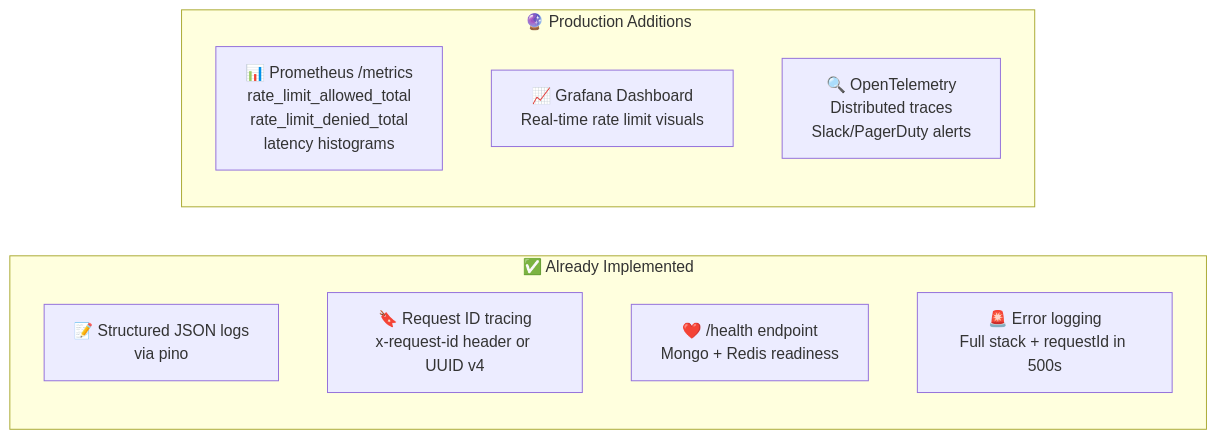
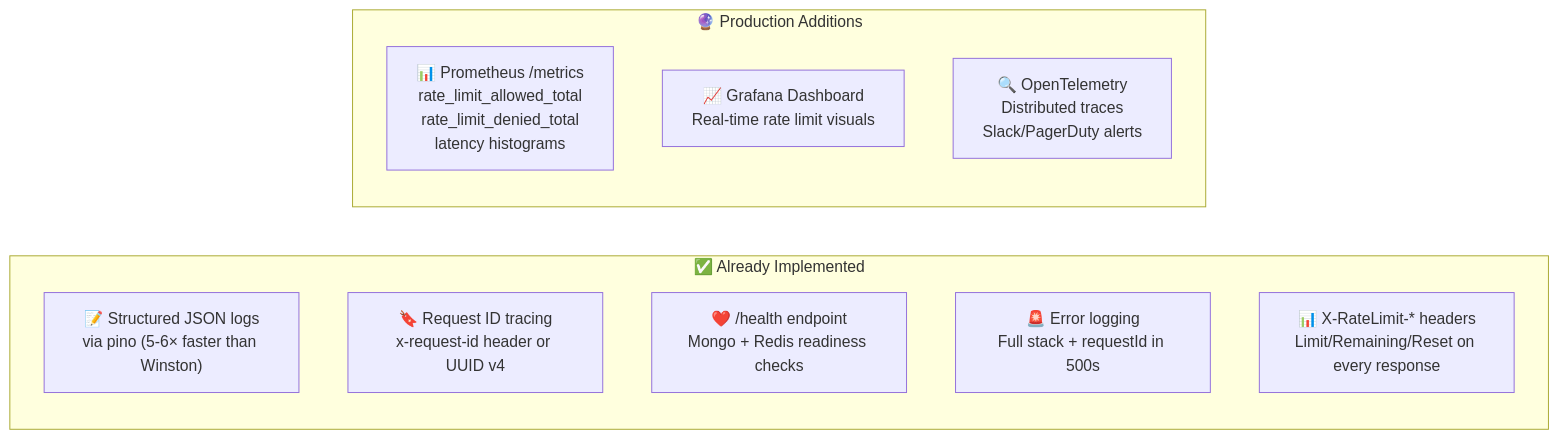
One commit to ramalokeshreddyp/RateGuard changed diagram 16 of 17 in ARCHITECTURE.md. Above: the diagram before and after it, drawn with Mermaid. The commit also changed other lines of this file and 2 other files, not shown here.

Commit message:
docs: comprehensive rewrite of README, ARCHITECTURE, and projectdocumentation (v2.0) - 43 tests, GET /clients/:id, X-RateLimit-* headers, BCRYPT_ROUNDS, ioredis-mock, .dockerignore

````diff
--- a/ARCHITECTURE.md
+++ b/ARCHITECTURE.md
@@ -645,15 +697,16 @@
 ```mermaid
 flowchart LR
     subgraph Current["✅ Already Implemented"]
-        L1["📝 Structured JSON logs\nvia pino"]
+        L1["📝 Structured JSON logs\nvia pino (5-6× faster than Winston)"]
         L2["🔖 Request ID tracing\nx-request-id header or UUID v4"]
-        L3["❤️ /health endpoint\nMongo + Redis readiness"]
+        L3["❤️ /health endpoint\nMongo + Redis readiness checks"]
         L4["🚨 Error logging\nFull stack + requestId in 500s"]
+        L5["📊 X-RateLimit-* headers\nLimit/Remaining/Reset on every response"]
     end
 
     subgraph Recommended["🔮 Production Additions"]
         R1["📊 Prometheus /metrics\nrate_limit_allowed_total\nrate_limit_denied_total\nlatency histograms"]
         R2["📈 Grafana Dashboard\nReal-time rate limit visuals"]
         R3["🔍 OpenTelemetry\nDistributed traces\nSlack/PagerDuty alerts"]
     end
 ```
````
